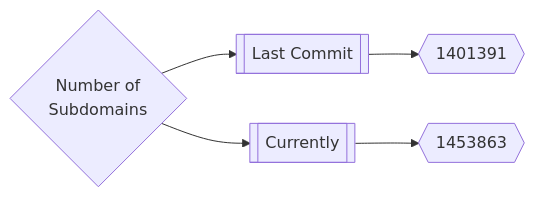
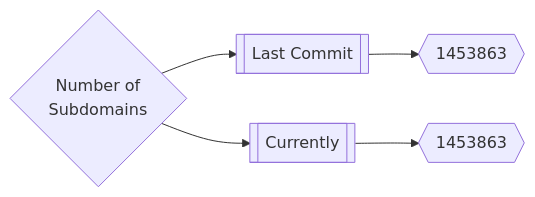
The first of 3 diagrams in README.md (trickest/inventory), drawn with Mermaid before and after one commit.

Commit message:
Update Wed Apr 13 13:37:55 UTC 2022

````diff
--- a/README.md
+++ b/README.md
@@ -165,5 +165,5 @@
 ```mermaid
 graph LR
-title{Number of<br>Subdomains} --> subdomainsDate1[[Last Commit]] --> subdomainsNum1{{1401391}}
+title{Number of<br>Subdomains} --> subdomainsDate1[[Last Commit]] --> subdomainsNum1{{1453863}}
 title --> subdomainsDate2[[Currently]] --> subdomainsNum2{{1453863}}
 ```
````
